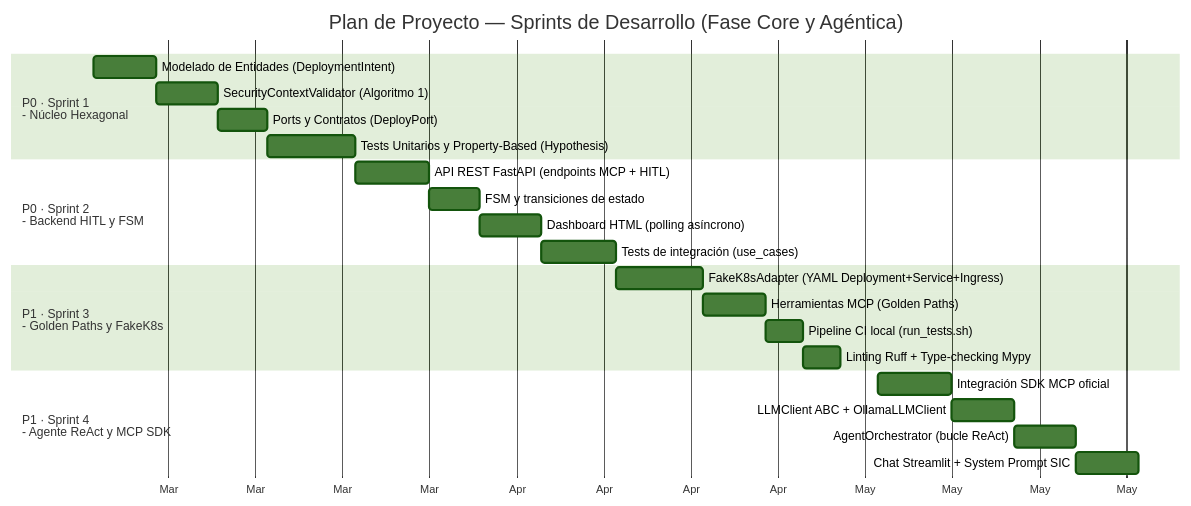
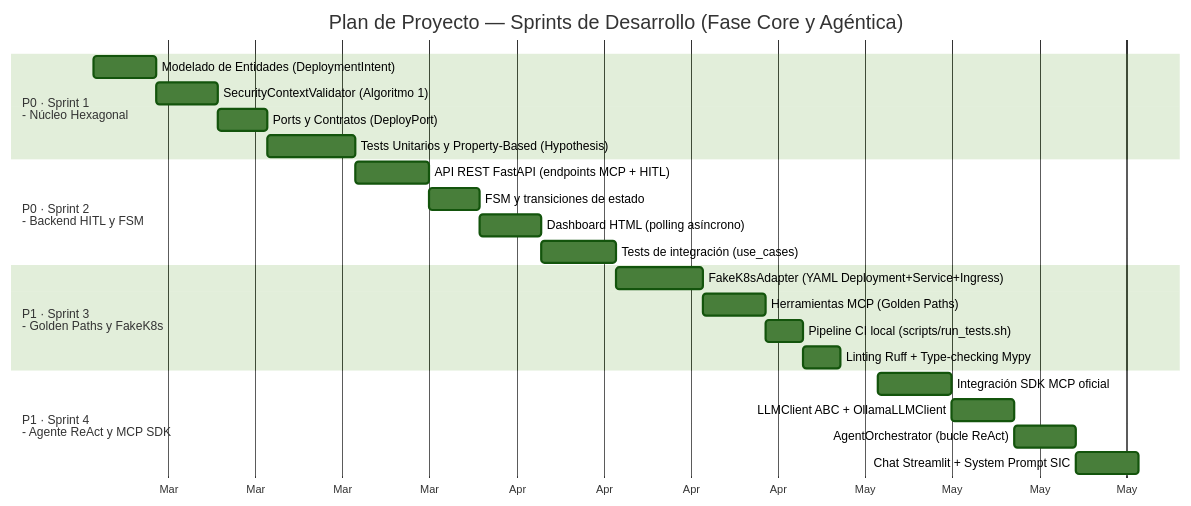
Diagram 18 of 19 in TFM_Completo.md (JesusSolisOrtega/agentic-deployer), drawn with Mermaid (forest theme) before and after one commit. The commit also changed other lines of this file and 22 other files, not shown here.

````diff
--- a/TFM_Completo.md
+++ b/TFM_Completo.md
@@ -2532,30 +2560,30 @@
 ```mermaid
 gantt
   title Plan de Proyecto — Sprints de Desarrollo (Fase Core y Agéntica)
   dateFormat YYYY-MM-DD
   axisFormat %b
 
   section P0 · Sprint 1<br>- Núcleo Hexagonal
   Modelado de Entidades (DeploymentIntent)    :s1a, 2026-03-02, 5d
   SecurityContextValidator (Algoritmo 1)     :s1b, after s1a, 5d
   Ports y Contratos (DeployPort)         :s1c, after s1b, 4d
   Tests Unitarios y Property-Based (Hypothesis) :s1d, after s1c, 7d
 
   section P0 · Sprint 2<br>- Backend HITL y FSM
   API REST FastAPI (endpoints MCP + HITL)    :s2a, 2026-03-23, 6d
   FSM y transiciones de estado          :s2b, after s2a, 4d
   Dashboard HTML (polling asíncrono)       :s2c, after s2b, 5d
   Tests de integración (use_cases)        :s2d, after s2c, 6d
 
   section P1 · Sprint 3<br>- Golden Paths y FakeK8s
   FakeK8sAdapter (YAML Deployment+Service+Ingress):s3a, 2026-04-13, 7d
   Herramientas MCP (Golden Paths)        :s3b, after s3a, 5d
-  Pipeline CI local (run_tests.sh)        :s3c, after s3b, 3d
+  Pipeline CI local (scripts/run_tests.sh)        :s3c, after s3b, 3d
   Linting Ruff + Type-checking Mypy       :s3d, after s3c, 3d
 
   section P1 · Sprint 4<br>- Agente ReAct y MCP SDK
   Integración SDK MCP oficial          :s4a, 2026-05-04, 6d
   LLMClient ABC + OllamaLLMClient        :s4b, after s4a, 5d
   AgentOrchestrator (bucle ReAct)        :s4c, after s4b, 5d
   Chat Streamlit + System Prompt SIC       :s4d, after s4c, 5d
 ```
````
